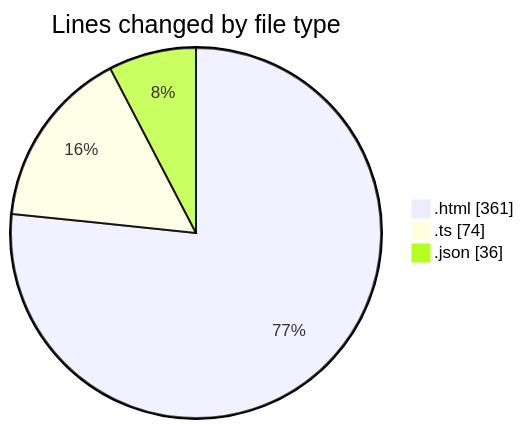
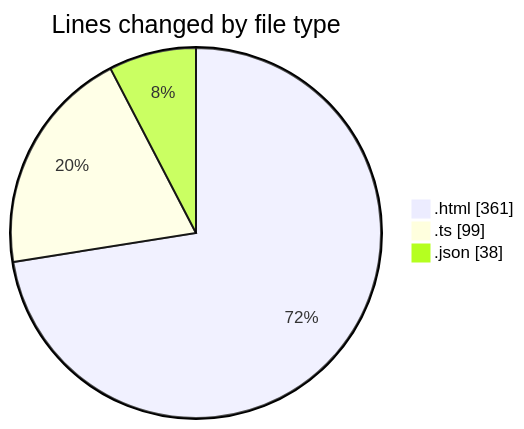
Before and after one commit to momahboobian/code-tracking: the first of 2 diagrams in 2025-05-15/news-clock-system-caspercg/README.md, drawn with Mermaid. The commit also changed other lines of this file and 1 other file, not shown here.

````diff
--- a/2025-05-15/news-clock-system-caspercg/README.md
+++ b/2025-05-15/news-clock-system-caspercg/README.md
@@ -25,7 +26,7 @@
 ```mermaid
 pie showData
 title Lines changed by file type
 ".html" : 361
-".ts" : 74
-".json" : 36
+".ts" : 99
+".json" : 38
 ```
````
